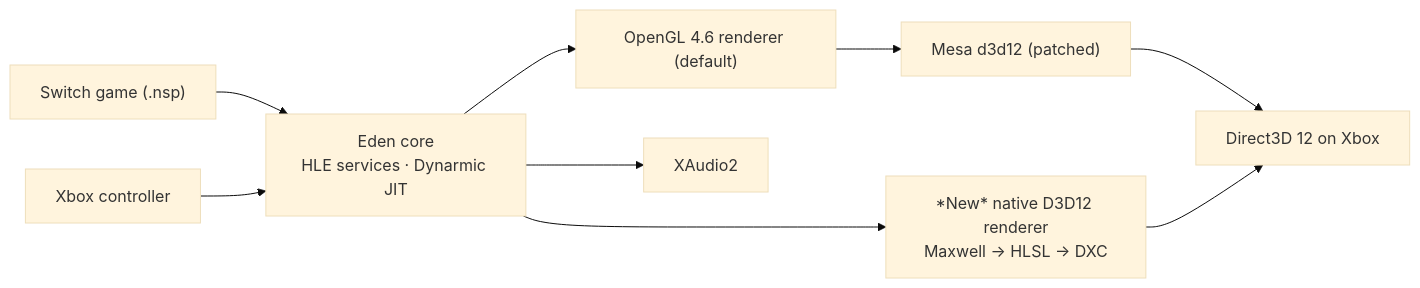
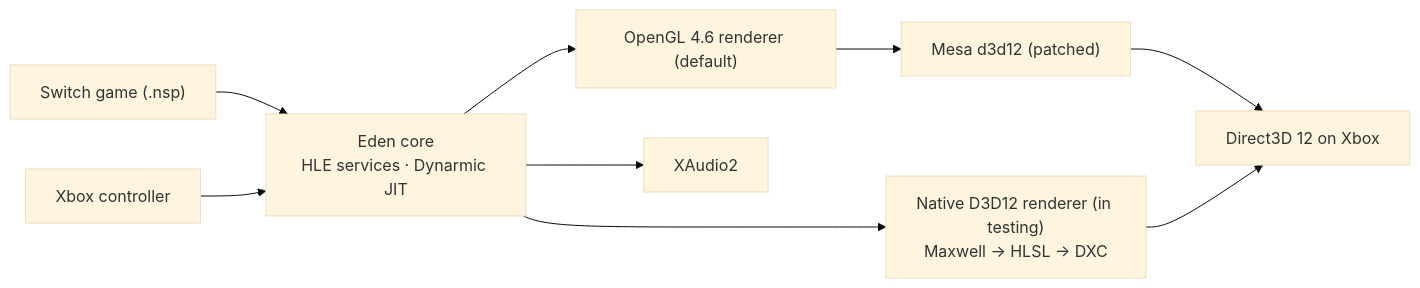
Before and after one commit to DasEtwa/NXbox: the diagram in README.md, drawn with Mermaid (base theme). The commit also changed other lines of this file and 602 other files, not shown here.

````diff
--- a/README.md
+++ b/README.md
@@ -150,11 +150,11 @@
 ```mermaid
 flowchart LR
     game["Switch game (.nsp)"] --> core["Eden core<br/>HLE services · Dynarmic JIT"]
     core --> gl["OpenGL 4.6 renderer (default)"]
     gl --> mesa["Mesa d3d12 (patched)"]
     mesa --> d3d["Direct3D 12 on Xbox"]
-    core --> native["*New* native D3D12 renderer<br/>Maxwell → HLSL → DXC"]
+    core --> native["Native D3D12 renderer (in testing)<br/>Maxwell → HLSL → DXC"]
     native --> d3d
     core --> audio["XAudio2"]
     pad["Xbox controller"] --> core
 ```
````
